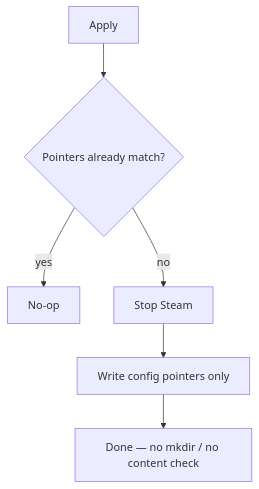
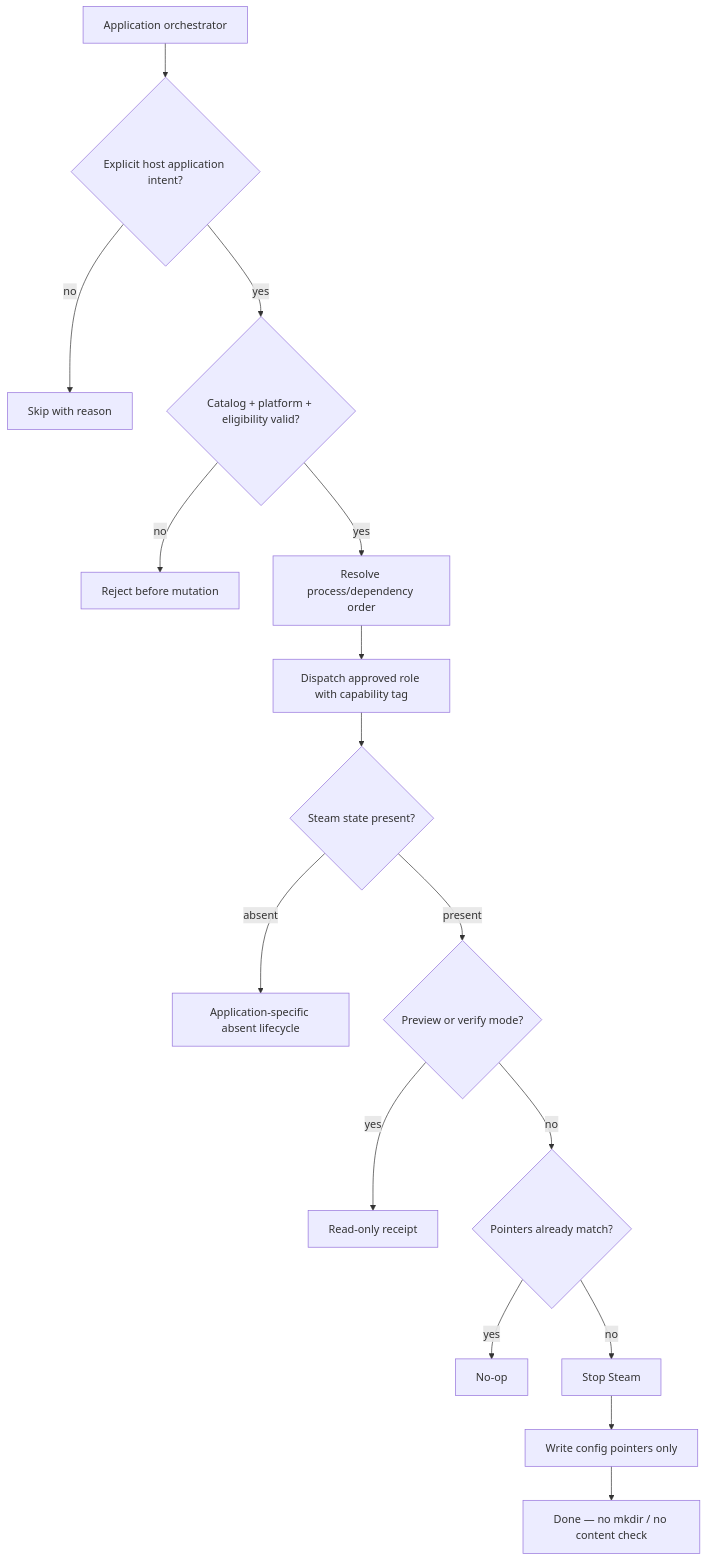
One commit to doesitscript/dotfile-vnext changed the second of 2 diagrams in docs/plans/2026-09-23--windows-steam-client-library-recovery/README.md. Above: the diagram before and after it, drawn with Mermaid. The commit also changed other lines of this file and 20 other files, not shown here.

First line of the commit message:
feat(windows): add inventory-driven application orchestrator

````diff
--- a/docs/plans/2026-09-23--windows-steam-client-library-recovery/README.md
+++ b/docs/plans/2026-09-23--windows-steam-client-library-recovery/README.md
@@ -122,8 +205,18 @@
 ```mermaid
 flowchart TD
-  Apply[Apply] --> Match{Pointers already match?}
+  Start[Application orchestrator] --> Intent{Explicit host application intent?}
+  Intent -->|no| Skip[Skip with reason]
+  Intent -->|yes| CatalogCheck{Catalog + platform + eligibility valid?}
+  CatalogCheck -->|no| Reject[Reject before mutation]
+  CatalogCheck -->|yes| Order[Resolve process/dependency order]
+  Order --> Role[Dispatch approved role with capability tag]
+  Role --> SteamState{Steam state present?}
+  SteamState -->|absent| Undo[Application-specific absent lifecycle]
+  SteamState -->|present| VerifyOnly{Preview or verify mode?}
+  VerifyOnly -->|yes| ReadOnly[Read-only receipt]
+  VerifyOnly -->|no| Match{Pointers already match?}
   Match -->|yes| Noop[No-op]
   Match -->|no| Stop[Stop Steam]
   Stop --> Write[Write config pointers only]
   Write --> Done[Done — no mkdir / no content check]
 ```
````
